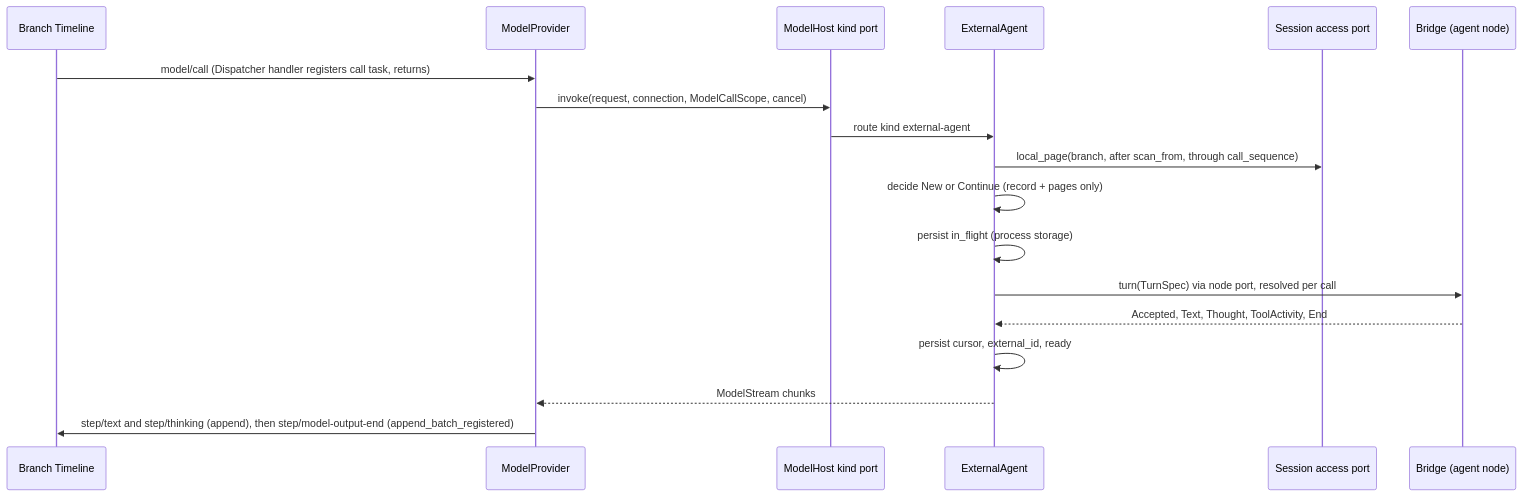
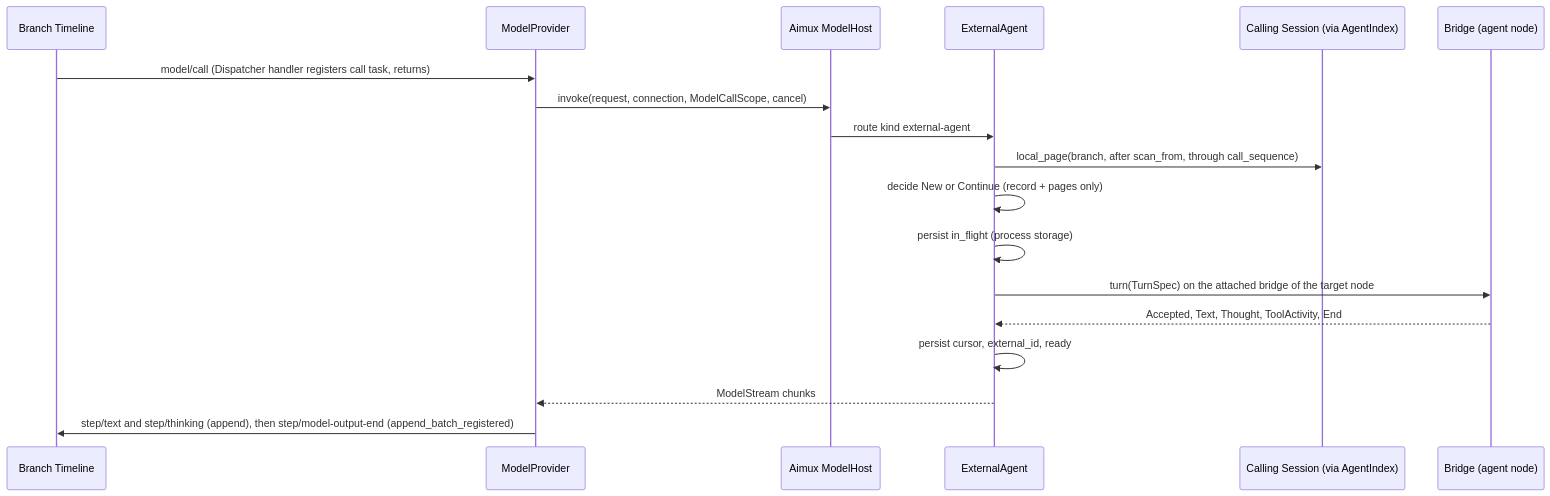
Before and after one commit to CoutinhoTTS/dim-agent: the third of 5 diagrams in docs/design/plugins/ExternalAgent.md, drawn with Mermaid. The commit also changed other lines of this file and 3 other files, not shown here.

Commit message:
docs(design): rescope Scheduler, Workflow, ExternalAgent and AcpGateway per ADR 002

````diff
--- a/docs/design/plugins/ExternalAgent.md
+++ b/docs/design/plugins/ExternalAgent.md
@@ -100,20 +96,20 @@
 ```mermaid
 sequenceDiagram
   participant TL as Branch Timeline
   participant MP as ModelProvider
-  participant MH as ModelHost kind port
+  participant MH as Aimux ModelHost
   participant EA as ExternalAgent
-  participant SA as Session access port
+  participant SA as Calling Session (via AgentIndex)
   participant BR as Bridge (agent node)
   TL->>MP: model/call (Dispatcher handler registers call task, returns)
   MP->>MH: invoke(request, connection, ModelCallScope, cancel)
   MH->>EA: route kind external-agent
   EA->>SA: local_page(branch, after scan_from, through call_sequence)
   EA->>EA: decide New or Continue (record + pages only)
   EA->>EA: persist in_flight (process storage)
-  EA->>BR: turn(TurnSpec) via node port, resolved per call
+  EA->>BR: turn(TurnSpec) on the attached bridge of the target node
   BR-->>EA: Accepted, Text, Thought, ToolActivity, End
   EA->>EA: persist cursor, external_id, ready
   EA-->>MP: ModelStream chunks
   MP->>TL: step/text and step/thinking (append), then step/model-output-end (append_batch_registered)
 ```
````
